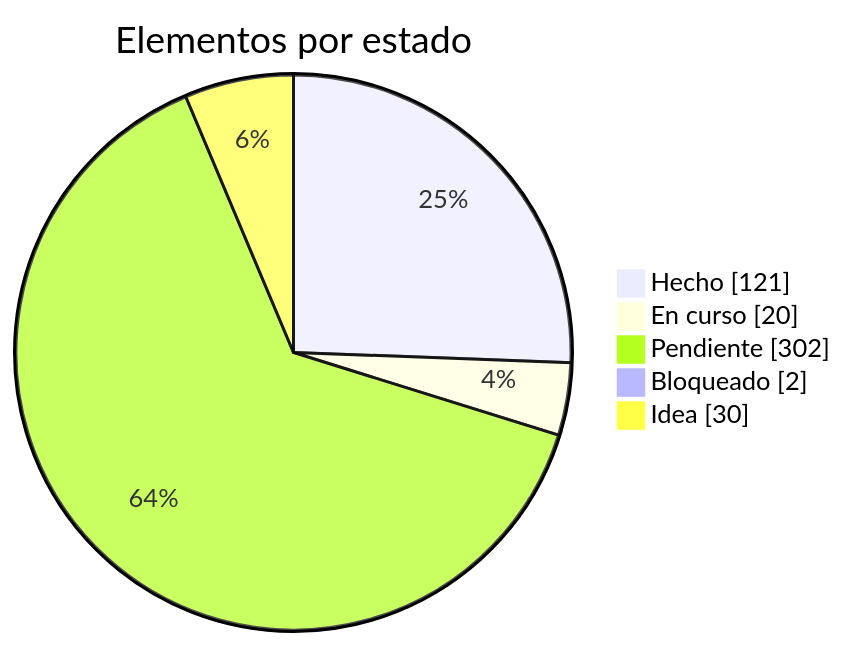
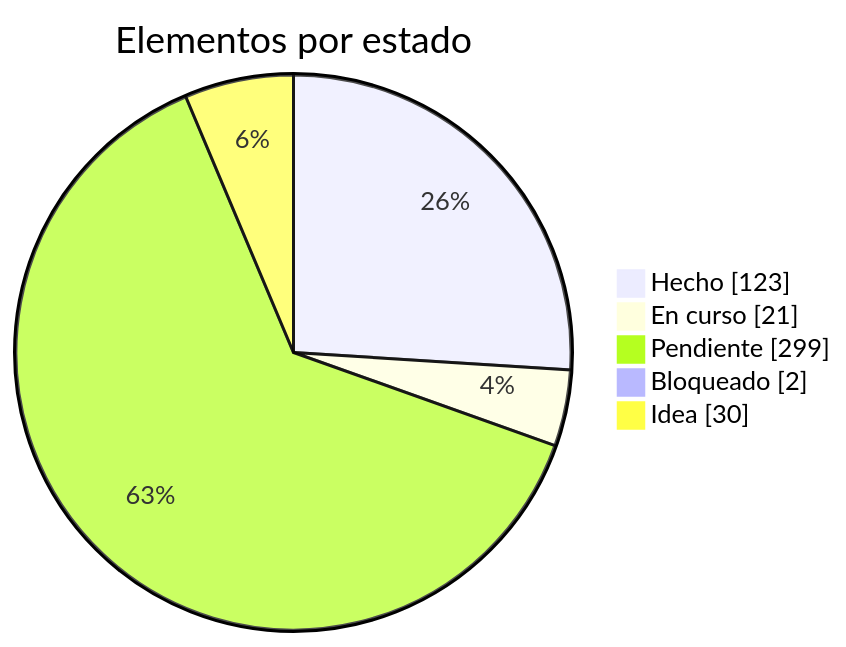
One commit to dariogea/BM27 changed the first of 2 diagrams in docs/roadmap.md. Above: the diagram before and after it, drawn with Mermaid. The commit also changed other lines of this file and 14 other files, not shown here.

````diff
--- a/docs/roadmap.md
+++ b/docs/roadmap.md
@@ -13,8 +13,8 @@
 ```mermaid
 pie showData title Elementos por estado
-  "Hecho" : 121
-  "En curso" : 20
-  "Pendiente" : 302
+  "Hecho" : 123
+  "En curso" : 21
+  "Pendiente" : 299
   "Bloqueado" : 2
   "Idea" : 30
 ```
````
